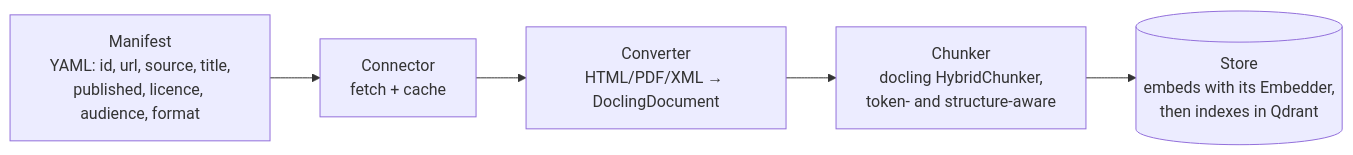
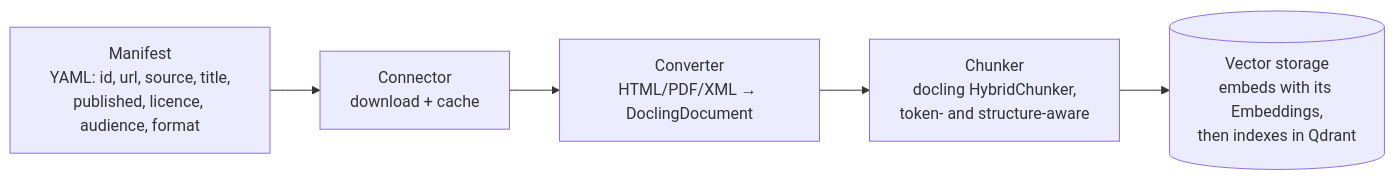
The first of 2 diagrams in docs/architecture.md (Aziz-Zeghal/endometriosis-rag), drawn with Mermaid before and after one commit. The commit also changed other lines of this file and 53 other files, not shown here.

````diff
--- a/docs/architecture.md
+++ b/docs/architecture.md
@@ -24,7 +24,7 @@
 ```mermaid
 flowchart LR
-    M[Manifest<br/>YAML: id, url, source, title,<br/>published, licence, audience, format] --> C[Connector<br/>fetch + cache]
+    M[Manifest<br/>YAML: id, url, source, title,<br/>published, licence, audience, format] --> C[Connector<br/>download + cache]
     C --> V[Converter<br/>HTML/PDF/XML → DoclingDocument]
     V --> K[Chunker<br/>docling HybridChunker,<br/>token- and structure-aware]
-    K --> S[(Store<br/>embeds with its Embedder,<br/>then indexes in Qdrant)]
+    K --> S[(Vector storage<br/>embeds with its Embeddings,<br/>then indexes in Qdrant)]
 ```
````
